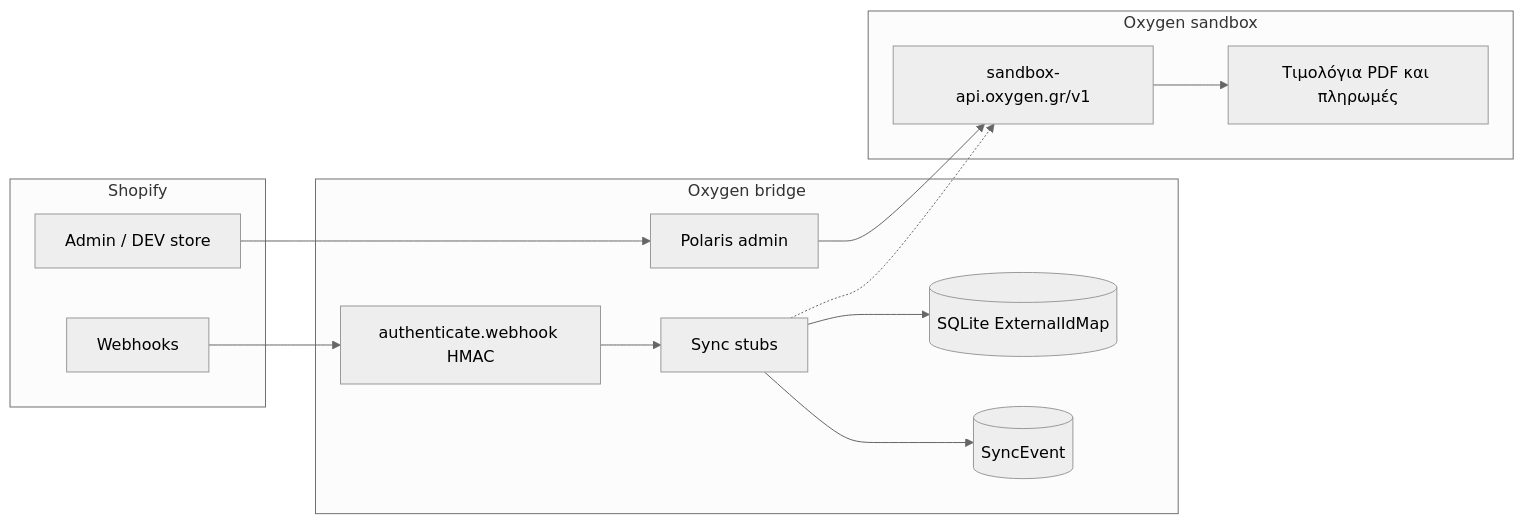
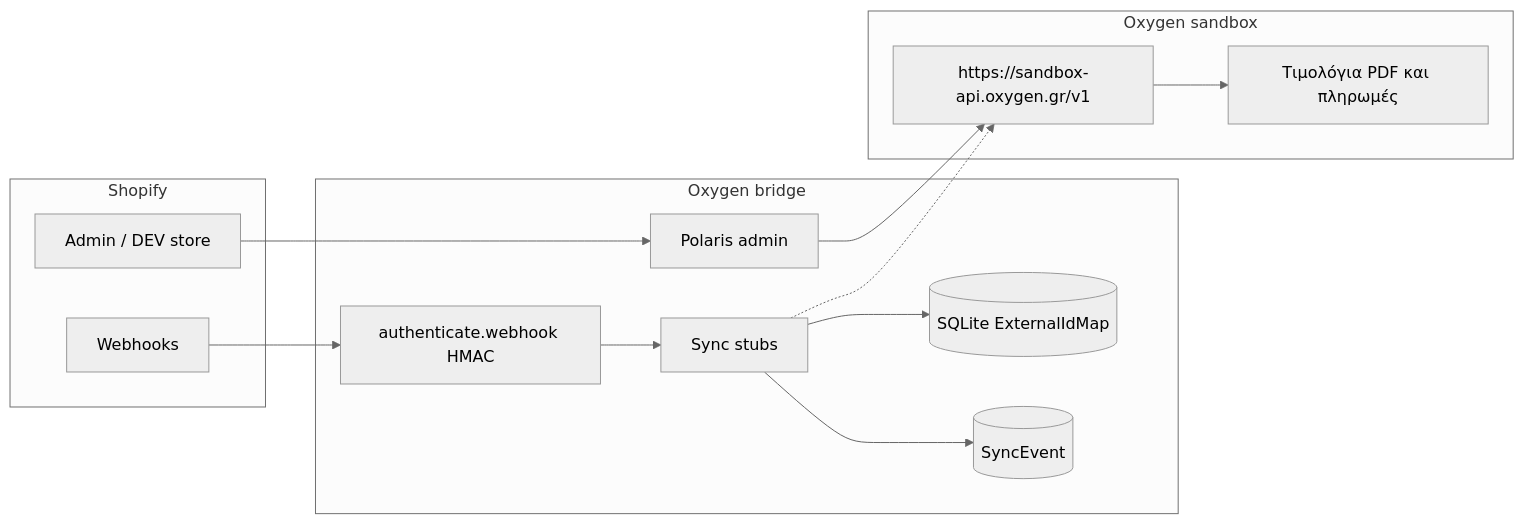
The diagram in README.md (kokos1405/oxygen), drawn with Mermaid (neutral theme) before and after one commit. The commit also changed other lines of this file and 9 other files, not shown here.

First line of the commit message:
Use the sandbox Oxygen host and single-merchant distribution.

````diff
--- a/README.md
+++ b/README.md
@@ -20,28 +22,28 @@
 ```mermaid
 flowchart LR
   subgraph shopify [Shopify]
     Admin[Admin / DEV store]
     WH[Webhooks]
   end
 
   subgraph app [Oxygen bridge]
     HMAC["authenticate.webhook HMAC"]
     UI[Polaris admin]
     Sync[Sync stubs]
     Map[(SQLite ExternalIdMap)]
     Log[(SyncEvent)]
   end
 
   subgraph oxygen [Oxygen sandbox]
-    API["sandbox-api.oxygen.gr/v1"]
+    API["https://sandbox-api.oxygen.gr/v1"]
     Docs[Τιμολόγια PDF και πληρωμές]
   end
 
   Admin --> UI
   WH --> HMAC --> Sync
   UI --> API
   Sync --> Map
   Sync --> Log
   Sync -.-> API
   API --> Docs
 ```
````
